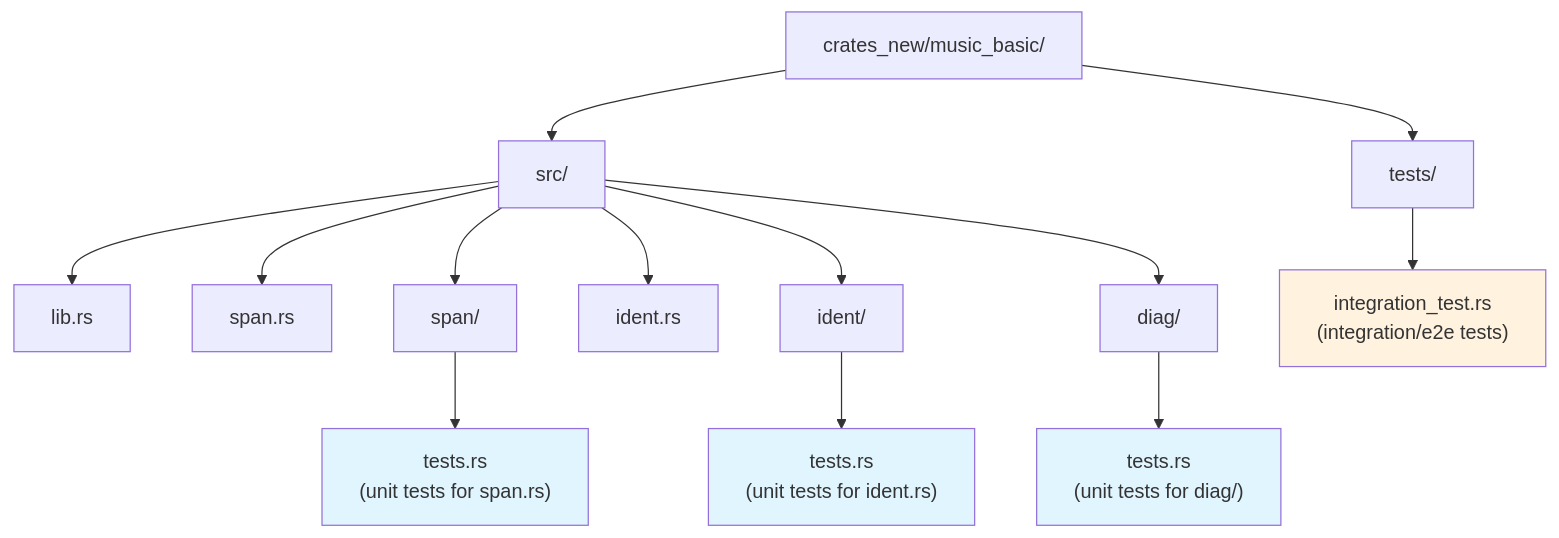
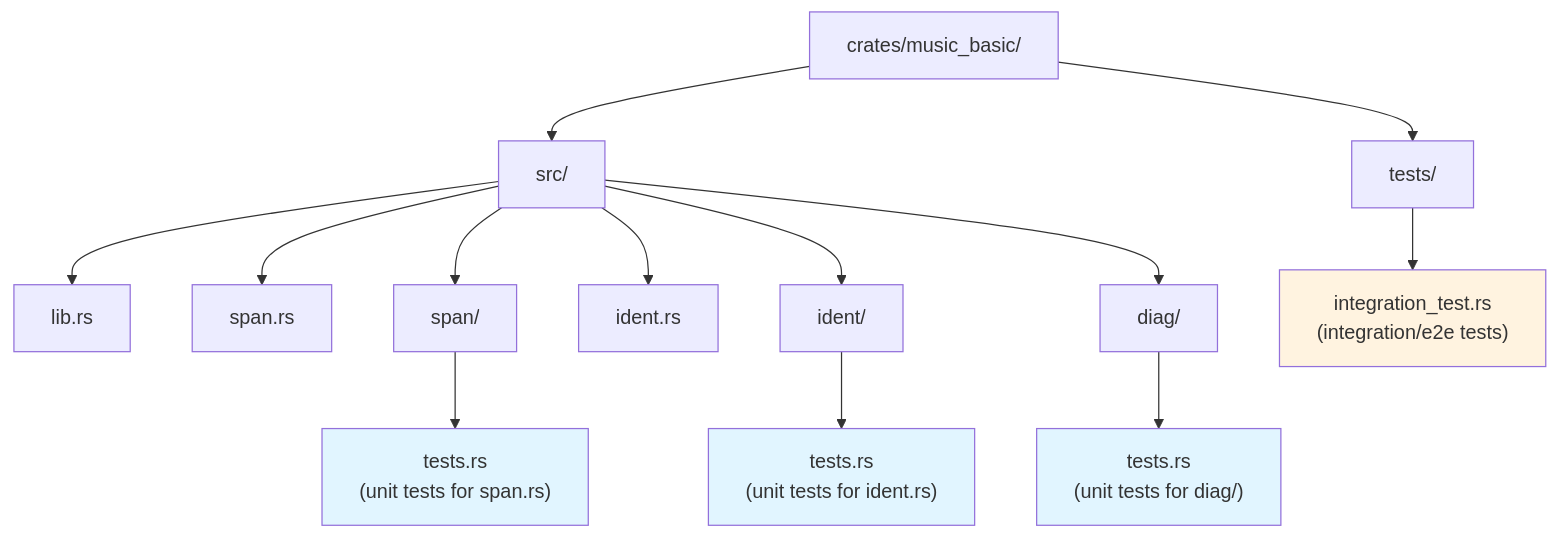
Before and after one commit to musi-lang/musi: the diagram in AGENTS.md, drawn with Mermaid. The commit also changed other lines of this file and 233 other files, not shown here.

````diff
--- a/AGENTS.md
+++ b/AGENTS.md
@@ -104,20 +104,20 @@
 ```mermaid
 graph TD
-    A["crates_new/music_basic/"] --> B["src/"]
+    A["crates/music_basic/"] --> B["src/"]
     A --> C["tests/"]
     B --> D["lib.rs"]
     B --> E["span.rs"]
     B --> F["span/"]
     B --> G["ident.rs"]
     B --> H["ident/"]
     B --> I["diag/"]
     F --> K["tests.rs<br/>(unit tests for span.rs)"]
     H --> L["tests.rs<br/>(unit tests for ident.rs)"]
     I --> M["tests.rs<br/>(unit tests for diag/)"]
     C --> N["integration_test.rs<br/>(integration/e2e tests)"]
 
     style K fill:#e1f5ff
     style L fill:#e1f5ff
     style M fill:#e1f5ff
     style N fill:#fff3e0
 ```
````
